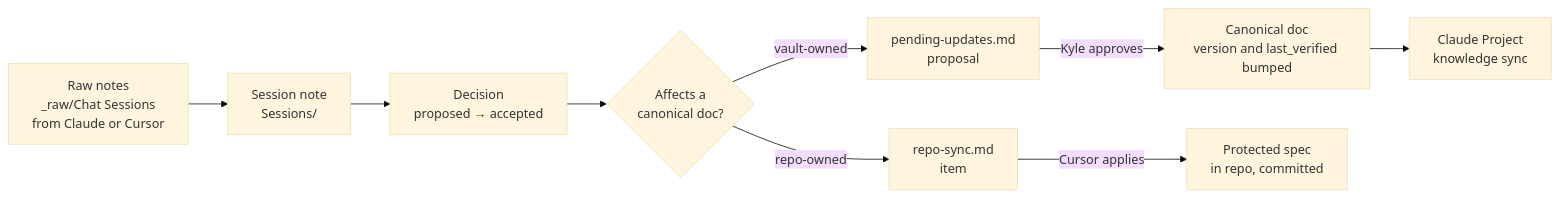
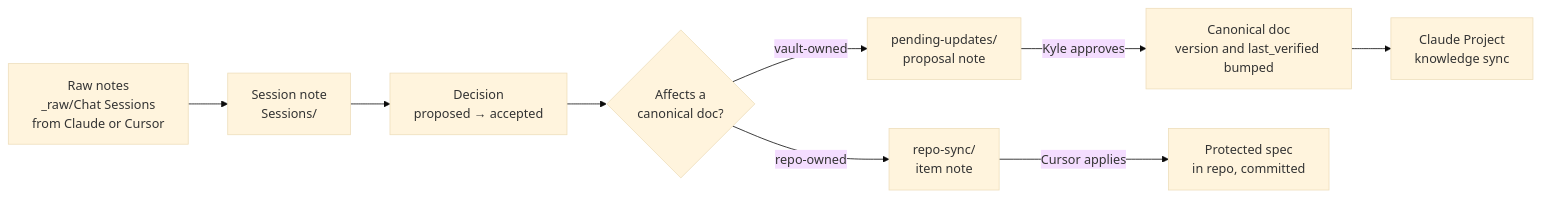
Before and after one commit to tomale-ai-ltd/tomale-v1-wiki: the second of 2 diagrams in Canonical/knowledge-architecture.md, drawn with Mermaid (base theme). The commit also changed other lines of this file and 36 other files, not shown here.

````diff
--- a/Canonical/knowledge-architecture.md
+++ b/Canonical/knowledge-architecture.md
@@ -137,11 +137,11 @@
 ```mermaid
 flowchart LR
   R["Raw notes<br/>_raw/Chat Sessions<br/>from Claude or Cursor"] --> S["Session note<br/>Sessions/"]
   S --> D["Decision<br/>proposed → accepted"]
   D --> P{"Affects a<br/>canonical doc?"}
-  P -->|vault-owned| PU["pending-updates.md<br/>proposal"]
-  P -->|repo-owned| RS["repo-sync.md<br/>item"]
+  P -->|vault-owned| PU["pending-updates/<br/>proposal note"]
+  P -->|repo-owned| RS["repo-sync/<br/>item note"]
   PU -->|Kyle approves| C["Canonical doc<br/>version and last_verified bumped"]
   RS -->|Cursor applies| PR["Protected spec<br/>in repo, committed"]
   C --> CP["Claude Project<br/>knowledge sync"]
 ```
````
